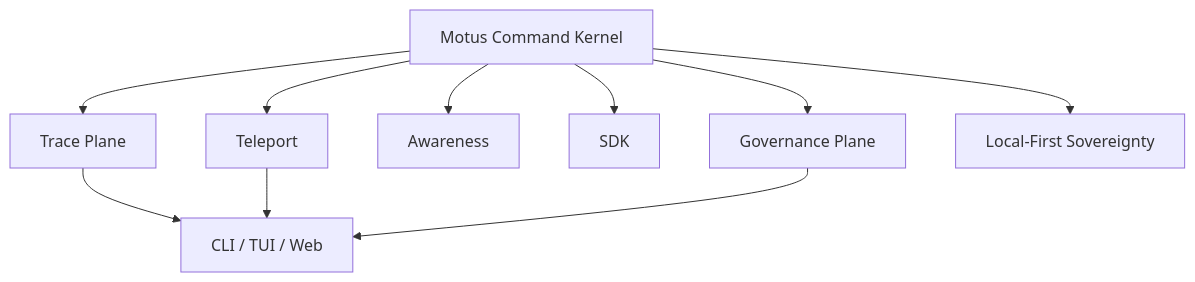
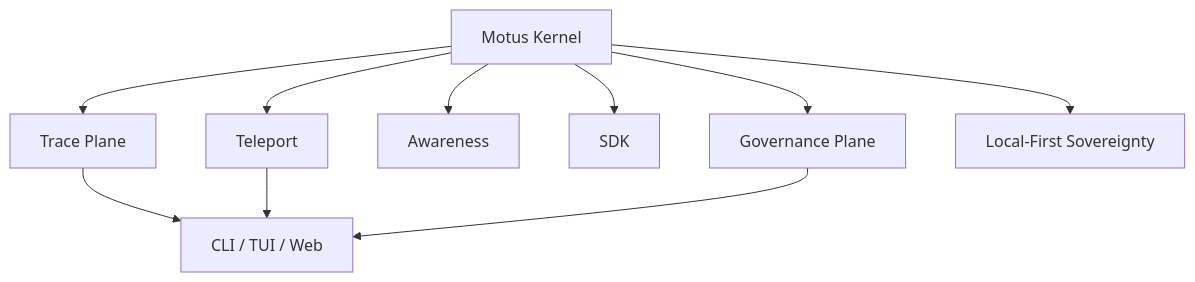
The diagram in packages/cli/docs/architecture.md (motus-os/motus), drawn with Mermaid before and after one commit. The commit also changed other lines of this file and 111 other files, not shown here.

````diff
--- a/packages/cli/docs/architecture.md
+++ b/packages/cli/docs/architecture.md
@@ -7,13 +7,13 @@
 ```mermaid
 graph TD
-  Kernel[Motus Command Kernel]
+  Kernel[Motus Kernel]
   Kernel --> Trace[Trace Plane]
   Kernel --> Teleport[Teleport]
   Kernel --> Awareness[Awareness]
   Kernel --> SDK[SDK]
   Kernel --> Governance[Governance Plane]
   Kernel --> Local[Local-First Sovereignty]
   Trace --> Surfaces[CLI / TUI / Web]
   Teleport --> Surfaces
   Governance --> Surfaces
 ```
````
